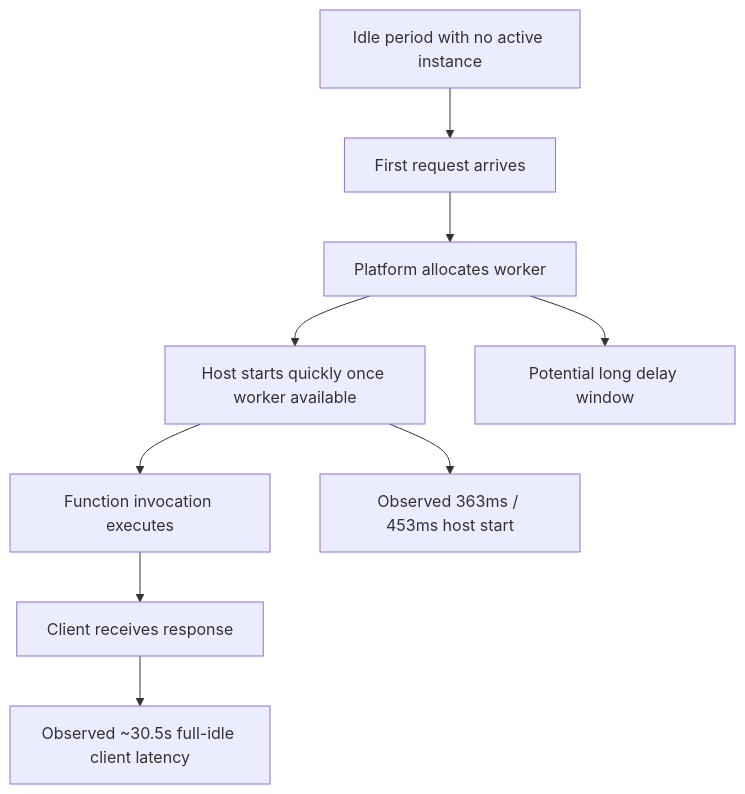
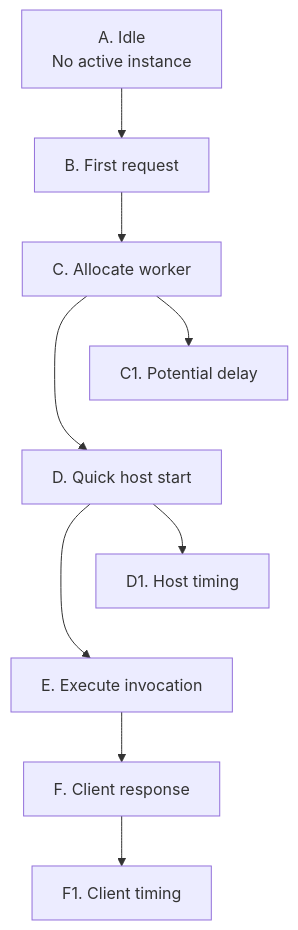
One commit to yeongseon/azure-functions-practical-guide changed the third of 5 diagrams in docs/troubleshooting/lab-guides/cold-start.md. Above: the diagram before and after it, drawn with Mermaid. The commit also changed other lines of this file and 1 other file, not shown here.

First line of the commit message:
docs(diagrams): migrate Functions lab deployment startup — cold start (#431)

````diff
--- a/docs/troubleshooting/lab-guides/cold-start.md
+++ b/docs/troubleshooting/lab-guides/cold-start.md
@@ -214,11 +252,16 @@
 ```mermaid
 flowchart TD
-    A[Idle period with no active instance] --> B[First request arrives]
-    B --> C[Platform allocates worker]
-    C --> D[Host starts quickly once worker available]
-    D --> E[Function invocation executes]
-    E --> F[Client receives response]
-    C --> C1[Potential long delay window]
-    D --> D1["Observed 363ms / 453ms host start"]
-    F --> F1[Observed ~30.5s full-idle client latency]
+    accTitle: What causal hypothesis does the lab test?
+    accDescr: The lab hypothesis separates worker allocation from host startup and response latency. Callouts retain the historical host-start and client values; arrows express the hypothesis, not proof of an allocation bottleneck.
+    A["A. Idle<br/>No active instance"] --> B["B. First request"]
+    B --> C["C. Allocate worker"]
+    C --> D["D. Quick host start"]
+    D --> E["E. Execute invocation"]
+    E --> F["F. Client response"]
+    C --> C1["C1. Potential delay"]
+    D --> D1["D1. Host timing"]
+    F --> F1["F1. Client timing"]
+    %% Layout-only anchors tier callouts; they add no causal steps or arrows.
+    C1 ~~~ D
+    D1 ~~~ E
 ```
````
